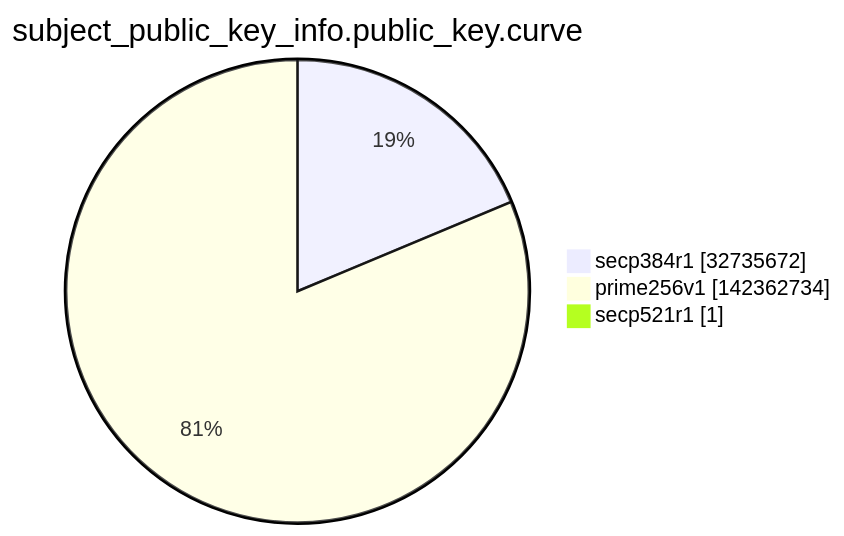
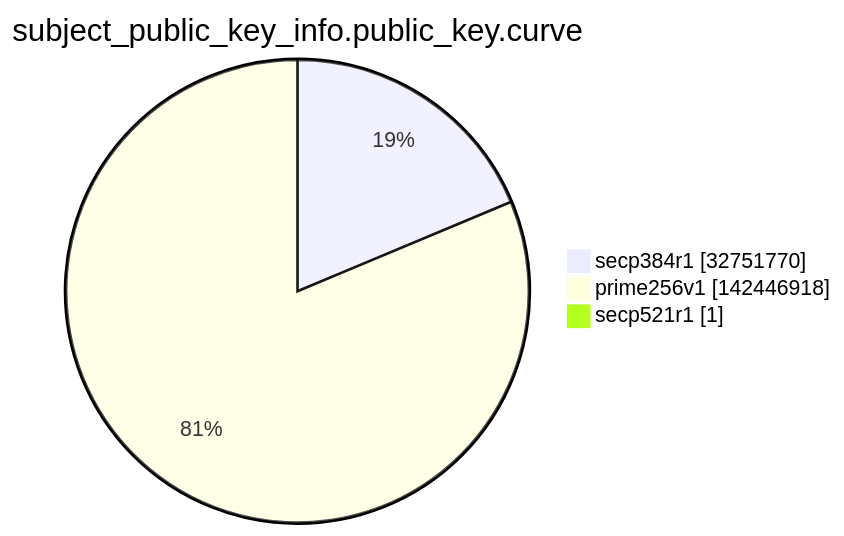
Before and after one commit to christiankrug/ctmonitor_visualization: the ninth of 15 diagrams in argon2022/README.md, drawn with Mermaid. The commit also changed other lines of this file, not shown here.

````diff
--- a/argon2022/README.md
+++ b/argon2022/README.md
@@ -2763,7 +2763,7 @@
 ```mermaid
 pie showData
 title subject_public_key_info.public_key.curve
-"secp384r1" :32735672
-"prime256v1" :142362734
+"secp384r1" :32751770
+"prime256v1" :142446918
 "secp521r1" :1
 ```
````
